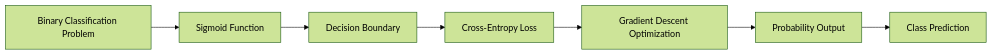
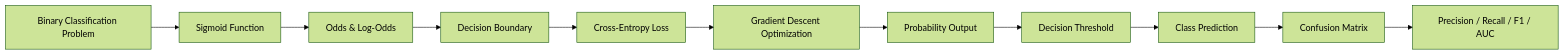
The first of 4 diagrams in docs/courses/machine-learning/03-logistic-regression.md (Raushan666java/ai-engineering-journey), drawn with Mermaid (forest theme) before and after one commit. The commit also changed other lines of this file and 41 other files, not shown here.

````diff
--- a/docs/courses/machine-learning/03-logistic-regression.md
+++ b/docs/courses/machine-learning/03-logistic-regression.md
@@ -27,9 +33,13 @@
 ```mermaid
 flowchart LR
     A[Binary Classification Problem] --> B[Sigmoid Function]
-    B --> C[Decision Boundary]
-    C --> D[Cross-Entropy Loss]
-    D --> E[Gradient Descent Optimization]
-    E --> F[Probability Output]
-    F --> G[Class Prediction]
+    B --> C[Odds & Log-Odds]
+    C --> D[Decision Boundary]
+    D --> E[Cross-Entropy Loss]
+    E --> F[Gradient Descent Optimization]
+    F --> G[Probability Output]
+    G --> H[Decision Threshold]
+    H --> I[Class Prediction]
+    I --> J[Confusion Matrix]
+    J --> K[Precision / Recall / F1 / AUC]
 ```
````
